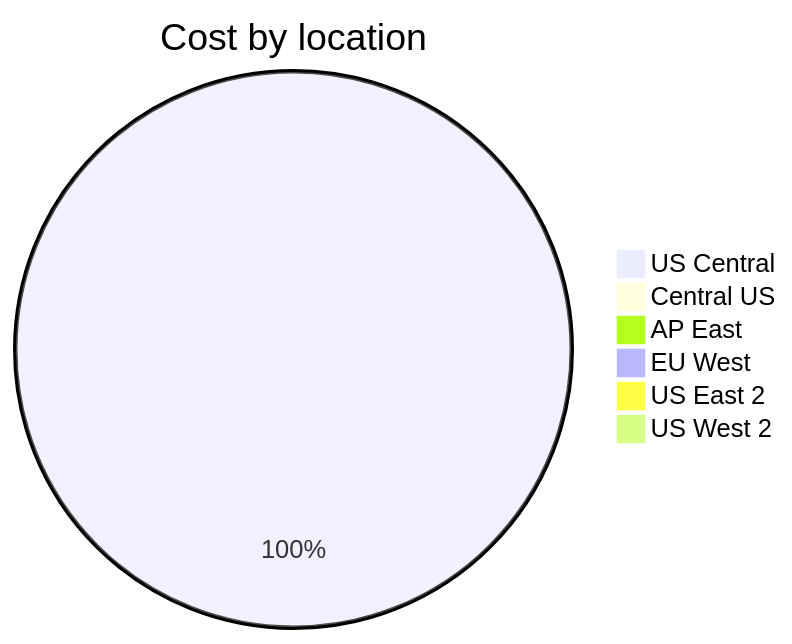
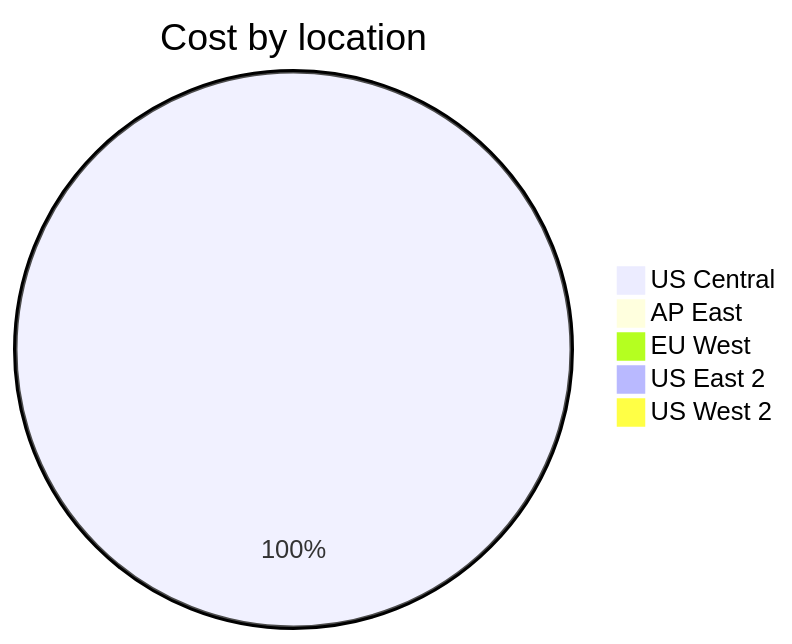
Before and after one commit to jpfulton/azure-personal-reports: the third of 4 diagrams in cost-reports/personal-site/README.md, drawn with Mermaid. The commit also changed other lines of this file and 6 other files, not shown here.

````diff
--- a/cost-reports/personal-site/README.md
+++ b/cost-reports/personal-site/README.md
@@ -118,10 +63,9 @@
 ```mermaid
 pie
    title Cost by location
-   "US Central" : 1.01
-   "Central US" : 0.00
+   "US Central" : 1.39
    "AP East" : 0.00
    "EU West" : 0.00
    "US East 2" : 0.00
    "US West 2" : 0.00
 ```
````
